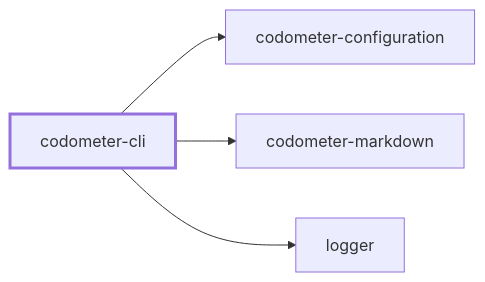
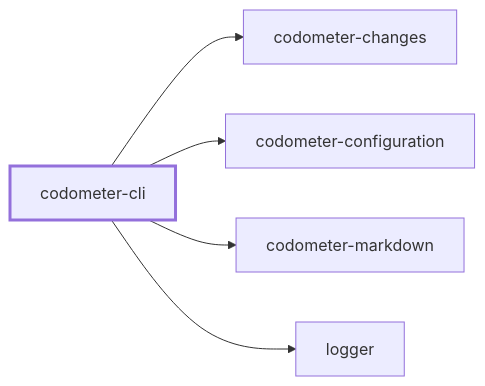
One commit to JimmyPaolini/codebase changed the first of 2 diagrams in packages/codometer-cli/README.md. Above: the diagram before and after it, drawn with Mermaid. The commit also changed other lines of this file and 14 other files, not shown here.

````diff
--- a/packages/codometer-cli/README.md
+++ b/packages/codometer-cli/README.md
@@ -431,12 +431,14 @@
 ```mermaid
 flowchart LR
+  codometer_changes["codometer-changes"]
   codometer_cli["codometer-cli"]
   codometer_configuration["codometer-configuration"]
   codometer_markdown["codometer-markdown"]
   logger["logger"]
+  codometer_cli --> codometer_changes
   codometer_cli --> codometer_configuration
   codometer_cli --> codometer_markdown
   codometer_cli --> logger
   classDef subject stroke-width:3px
   class codometer_cli subject
 ```
````
